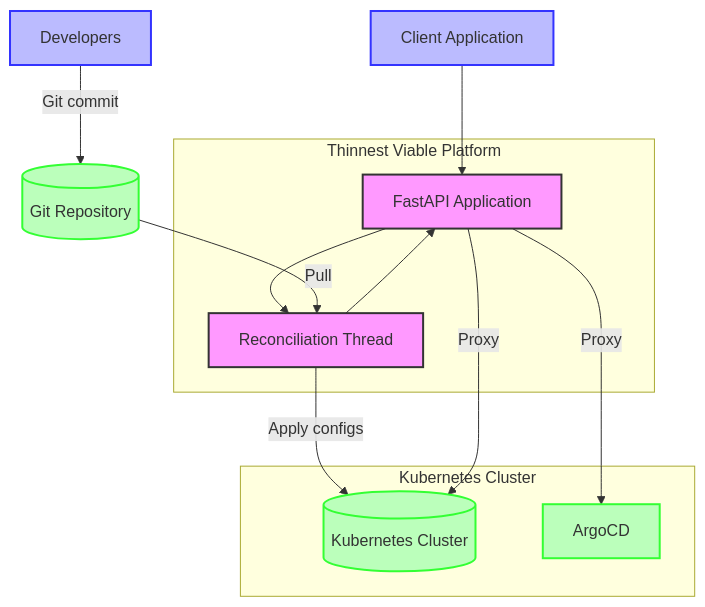
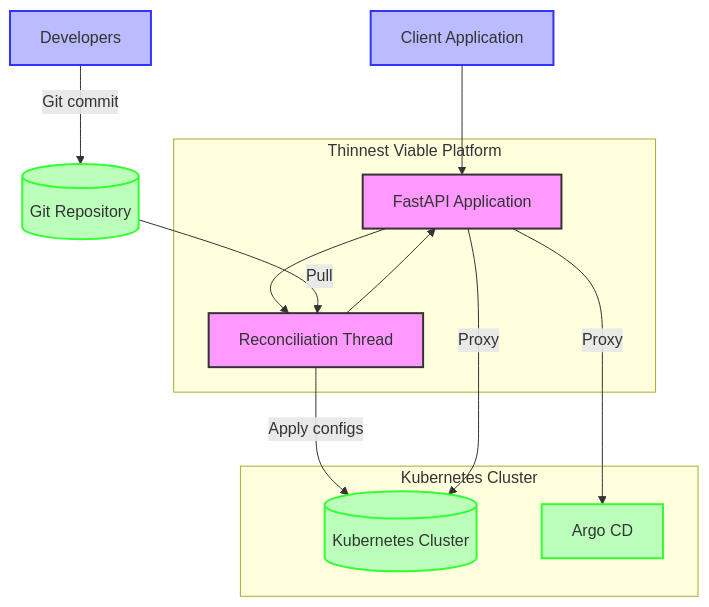
The diagram in fastapi/mermaid/tvp-architecture-diagram.mermaid (lloydchang/tvp-k8s), drawn with Mermaid before and after one commit. The commit also changed 5 other files, not shown here.

```diff
--- a/fastapi/mermaid/tvp-architecture-diagram.mermaid
+++ b/fastapi/mermaid/tvp-architecture-diagram.mermaid
@@ -1,29 +1,29 @@
 flowchart TB
     subgraph "Thinnest Viable Platform"
         API[FastAPI Application]
         RT[Reconciliation Thread]
         
         API --> RT
         RT --> API
     end
     
     Dev[Developers] -->|Git commit| GitRepo[(Git Repository)]
     GitRepo -->|Pull| RT
     RT -->|Apply configs| K8s[(Kubernetes Cluster)]
     
     subgraph "Kubernetes Cluster"
         K8s
-        ArgoCD
+        ArgoCD[Argo CD]
     end
     
     Client[Client Application] --> API
     API -->|Proxy| K8s
     API -->|Proxy| ArgoCD
     
     classDef platform fill:#f9f,stroke:#333,stroke-width:2px
     classDef external fill:#bfb,stroke:#3f3,stroke-width:2px
     classDef user fill:#bbf,stroke:#33f,stroke-width:2px
     
     class API,RT platform
     class K8s,ArgoCD,GitRepo external
     class Dev,Client user
```
